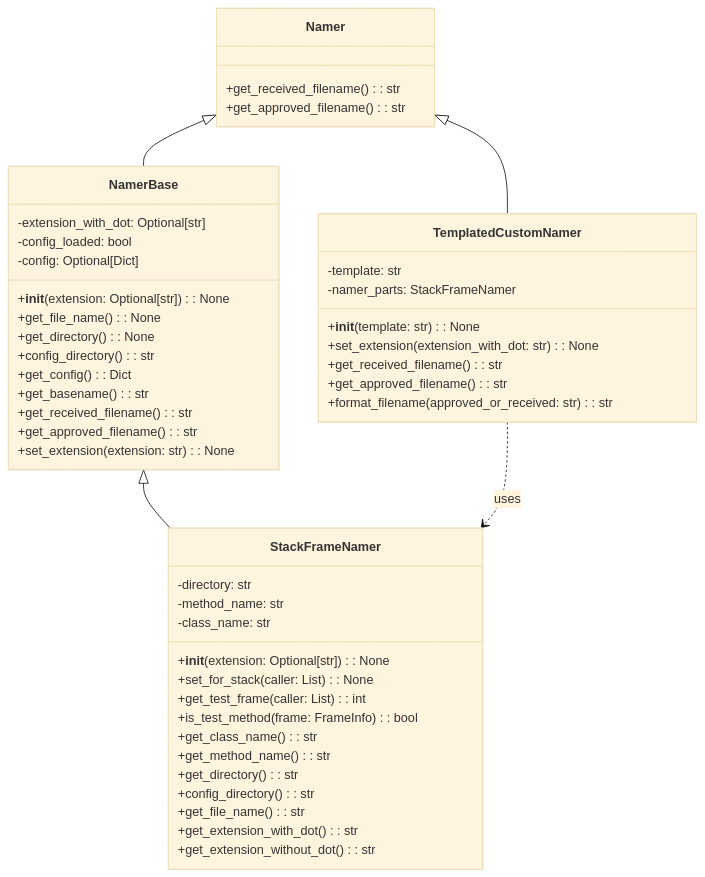
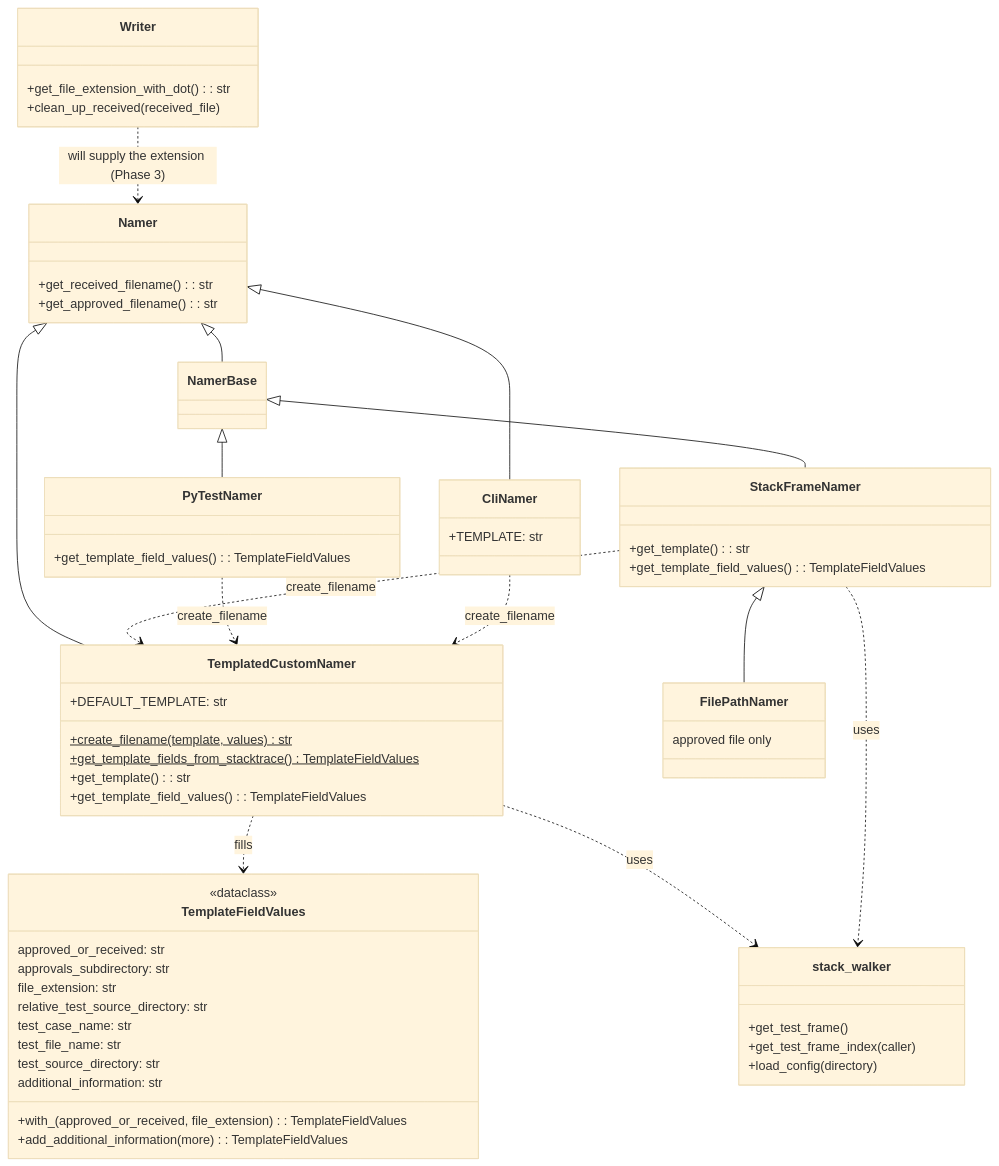
The diagram in docs/explanation/namer_architecture.md (approvals/ApprovalTests.Python), drawn with Mermaid (base theme) before and after one commit. The commit also changed other lines of this file, not shown here.

Commit message:
d Redraw the namer architecture for the template design

````diff
--- a/docs/explanation/namer_architecture.md
+++ b/docs/explanation/namer_architecture.md
@@ -1,53 +11,72 @@
-  ```mermaid
+```mermaid
 classDiagram
     class Namer {
         +get_received_filename(): str
         +get_approved_filename(): str
     }
 
-    class NamerBase {
-        -extension_with_dot: Optional[str]
-        -config_loaded: bool
-        -config: Optional[Dict]
-        +__init__(extension: Optional[str]): None
-        +get_file_name(): None
-        +get_directory(): None
-        +config_directory(): str
-        +get_config(): Dict
-        +get_basename(): str
-        +get_received_filename(): str
-        +get_approved_filename(): str
-        +set_extension(extension: str): None
+    class TemplateFieldValues {
+        <<dataclass>>
+        approved_or_received: str
+        approvals_subdirectory: str
+        file_extension: str
+        relative_test_source_directory: str
+        test_case_name: str
+        test_file_name: str
+        test_source_directory: str
+        additional_information: str
+        +with_(approved_or_received, file_extension): TemplateFieldValues
+        +add_additional_information(more): TemplateFieldValues
     }
+
+    class TemplatedCustomNamer {
+        +DEFAULT_TEMPLATE: str
+        +create_filename(template, values)$ str
+        +get_template_fields_from_stacktrace()$ TemplateFieldValues
+        +get_template(): str
+        +get_template_field_values(): TemplateFieldValues
+    }
+    Namer <|-- TemplatedCustomNamer
+    TemplatedCustomNamer ..> TemplateFieldValues : fills
+
+    class NamerBase
     Namer <|-- NamerBase
 
     class StackFrameNamer {
-        -directory: str
-        -method_name: str
-        -class_name: str
-        +__init__(extension: Optional[str]): None
-        +set_for_stack(caller: List): None
-        +get_test_frame(caller: List): int
-        +is_test_method(frame: FrameInfo): bool
-        +get_class_name(): str
-        +get_method_name(): str
-        +get_directory(): str
-        +config_directory(): str
-        +get_file_name(): str
-        +get_extension_with_dot(): str
-        +get_extension_without_dot(): str
+        +get_template(): str
+        +get_template_field_values(): TemplateFieldValues
     }
     NamerBase <|-- StackFrameNamer
+    class FilePathNamer {
+        approved file only
+    }
+    StackFrameNamer <|-- FilePathNamer
 
-    class TemplatedCustomNamer {
-        -template: str
-        -namer_parts: StackFrameNamer
-        +__init__(template: str): None
-        +set_extension(extension_with_dot: str): None
-        +get_received_filename(): str
-        +get_approved_filename(): str
-        +format_filename(approved_or_received: str): str
+    class PyTestNamer {
+        +get_template_field_values(): TemplateFieldValues
     }
-    Namer <|-- TemplatedCustomNamer
-    TemplatedCustomNamer ..> StackFrameNamer : uses
+    NamerBase <|-- PyTestNamer
+
+    class CliNamer {
+        +TEMPLATE: str
+    }
+    Namer <|-- CliNamer
+
+    class stack_walker {
+        +get_test_frame()
+        +get_test_frame_index(caller)
+        +load_config(directory)
+    }
+
+    class Writer {
+        +get_file_extension_with_dot(): str
+        +clean_up_received(received_file)
+    }
+
+    StackFrameNamer ..> TemplatedCustomNamer : create_filename
+    PyTestNamer ..> TemplatedCustomNamer : create_filename
+    CliNamer ..> TemplatedCustomNamer : create_filename
+    TemplatedCustomNamer ..> stack_walker : uses
+    StackFrameNamer ..> stack_walker : uses
+    Writer ..> Namer : will supply the extension (Phase 3)
 ```
````
